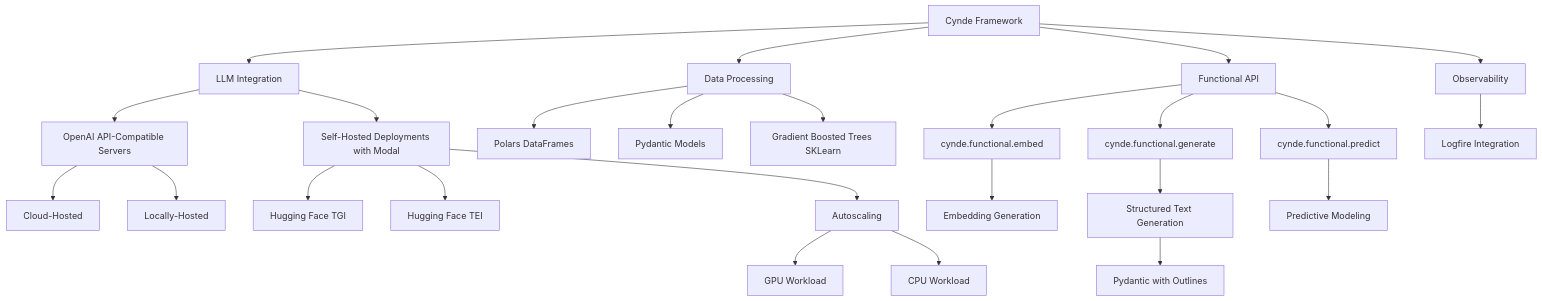
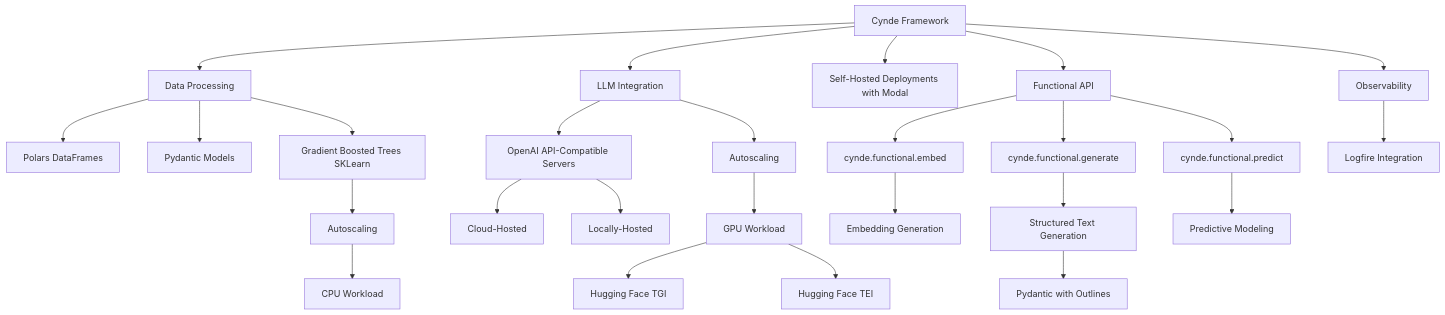
Before and after one commit to Neural-Dragon-AI/Cynde: the diagram in drawings.md, drawn with Mermaid. The commit also changed other lines of this file, not shown here.

````diff
--- a/drawings.md
+++ b/drawings.md
@@ -3,31 +3,32 @@
 ```mermaid
 graph TD
-    A[Cynde Framework] --> B[LLM Integration]
-    B --> C[OpenAI API-Compatible Servers]
-    C --> D[Cloud-Hosted]
-    C --> E[Locally-Hosted]
-    B --> F[Self-Hosted Deployments with Modal]
-    F --> G[Hugging Face TGI]
-    F --> H[Hugging Face TEI]
-    
-    A --> I[Data Processing]
-    I --> J[Polars DataFrames]
-    I --> K[Pydantic Models]
-    I --> L[Gradient Boosted Trees SKLearn]
-    
-    A --> M[Functional API]
-    M --> N[cynde.functional.embed]
-    N --> O[Embedding Generation]
-    M --> P[cynde.functional.generate]
-    P --> Q[Structured Text Generation]
-    Q --> R[Pydantic with Outlines]
-    M --> S[cynde.functional.predict]
-    S --> T[Predictive Modeling]
-    
-    F --> U[Autoscaling]
-    U --> V[GPU Workload]
-    U --> W[CPU Workload]
-    
-    A --> X[Observability]
-    X --> Y[Logfire Integration]
+    A[Cynde Framework] --> B[Data Processing]
+    B --> C[Polars DataFrames]
+    B --> D[Pydantic Models]
+    B --> E[Gradient Boosted Trees SKLearn]
+    E --> F[Autoscaling]
+    F --> G[CPU Workload]
+
+    A --> H[LLM Integration]
+    H --> I[OpenAI API-Compatible Servers]
+    I --> J[Cloud-Hosted]
+    I --> K[Locally-Hosted]
+    H --> L[Autoscaling]
+    L --> M[GPU Workload]
+    M --> N[Hugging Face TGI]
+    M --> O[Hugging Face TEI]
+
+    A --> P[Self-Hosted Deployments with Modal]
+
+    A --> Q[Functional API]
+    Q --> R[cynde.functional.embed]
+    R --> S[Embedding Generation]
+    Q --> T[cynde.functional.generate]
+    T --> U[Structured Text Generation]
+    U --> V[Pydantic with Outlines]
+    Q --> W[cynde.functional.predict]
+    W --> X[Predictive Modeling]
+
+    A --> Y[Observability]
+    Y --> Z[Logfire Integration]
 ```
````
